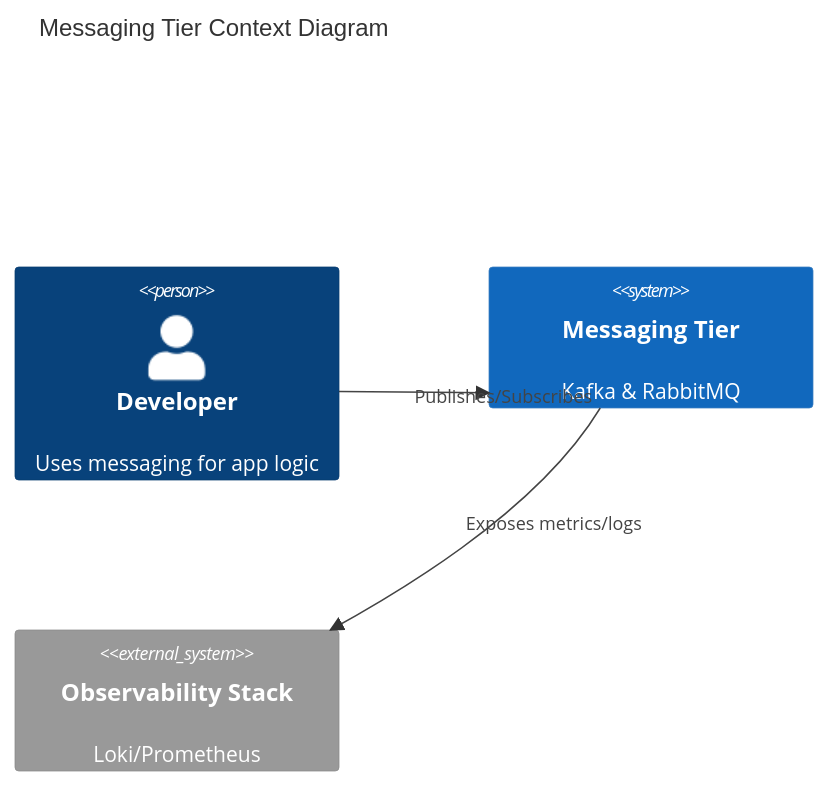
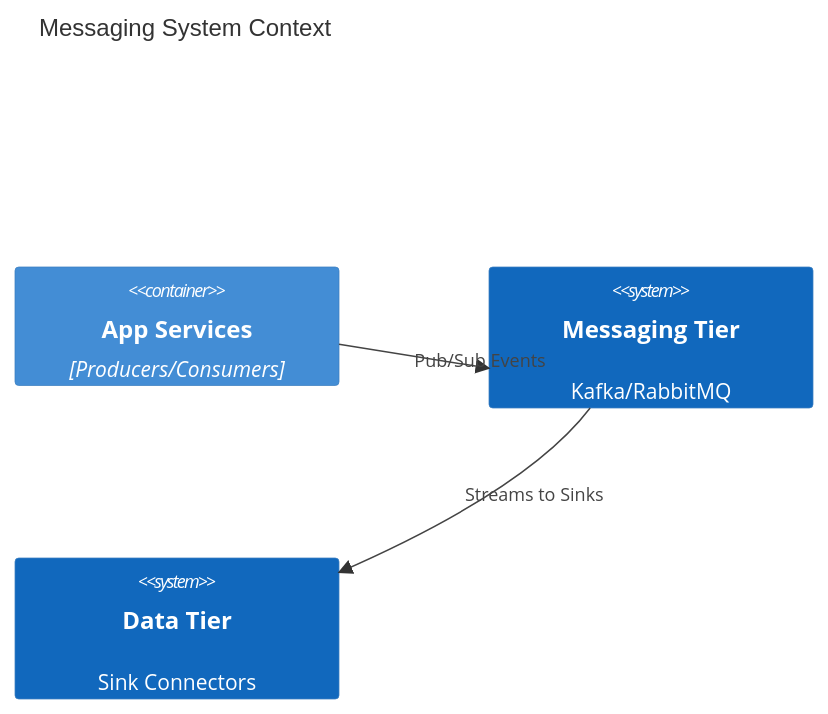
Before and after one commit to buenhyden/hy-home.docker: the diagram in docs/ard/messaging-ard.md, drawn with Mermaid. The commit also changed other lines of this file and 25 other files, not shown here.

Commit message:
docs: Add new PRDs for system architecture, observability, messaging, and AI, and update related ARDs, ADRs, and infrastructure specifications.

````diff
--- a/docs/ard/messaging-ard.md
+++ b/docs/ard/messaging-ard.md
@@ -29,10 +31,10 @@
 ```mermaid
 C4Context
-    title Messaging Tier Context Diagram
-    Person(dev, "Developer", "Uses messaging for app logic")
-    System(messaging, "Messaging Tier", "Kafka & RabbitMQ")
-    System_Ext(obs, "Observability Stack", "Loki/Prometheus")
+    title Messaging System Context
+    Container(apps, "App Services", "Producers/Consumers")
+    System(msg_bus, "Messaging Tier", "Kafka/RabbitMQ")
+    System(persistence, "Data Tier", "Sink Connectors")
 
-    Rel(dev, messaging, "Publishes/Subscribes")
-    Rel(messaging, obs, "Exposes metrics/logs")
+    Rel(apps, msg_bus, "Pub/Sub Events")
+    Rel(msg_bus, persistence, "Streams to Sinks")
 ```
````
